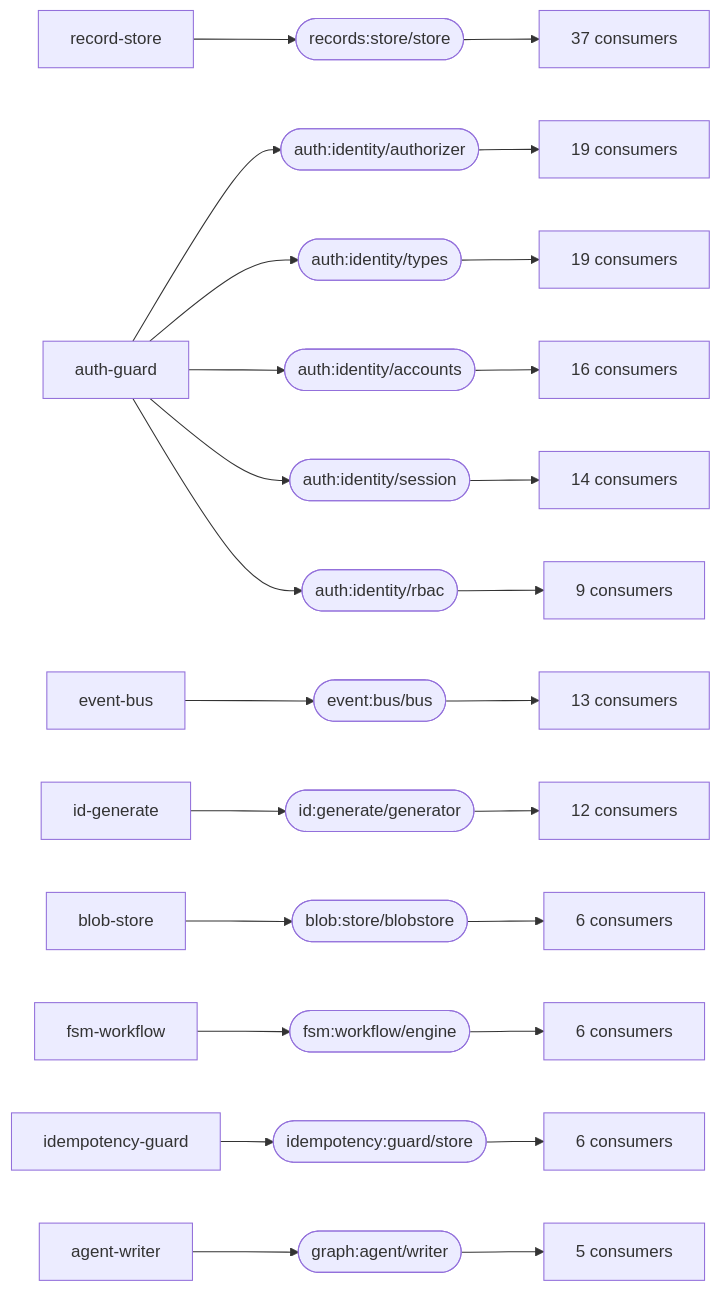
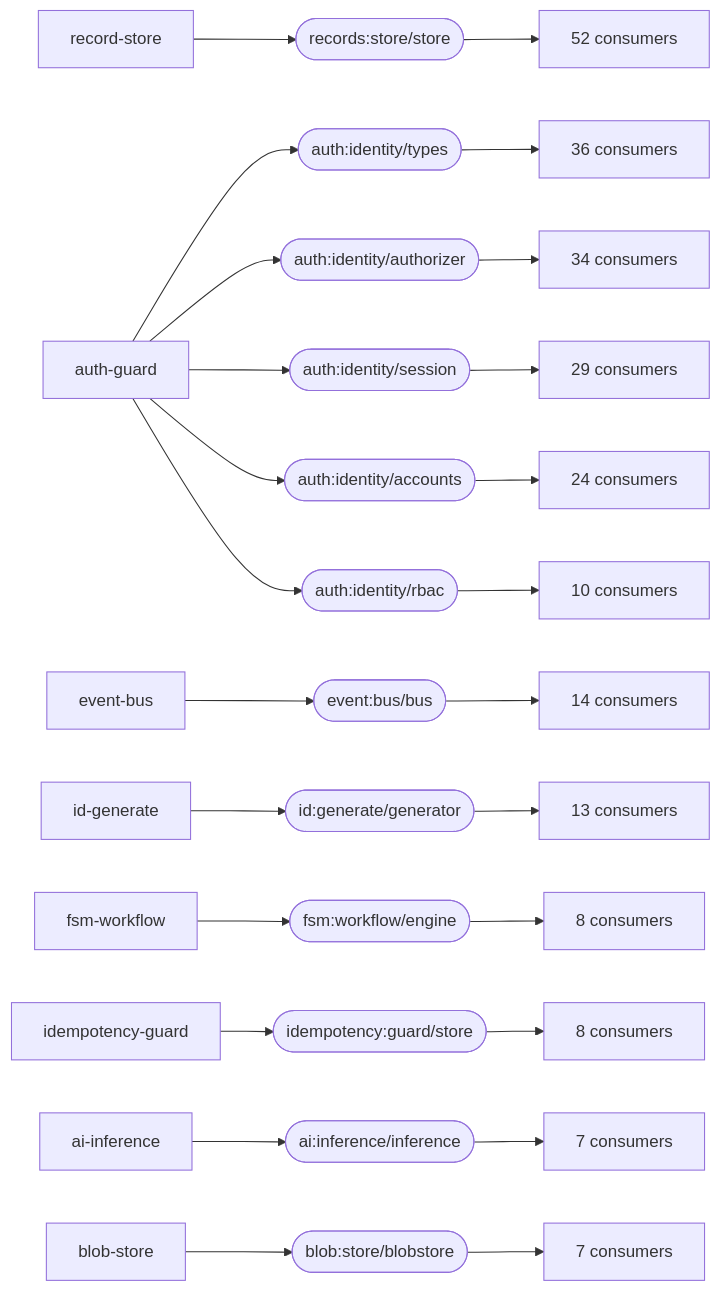
One commit to markkovari/holon changed the first of 2 diagrams in docs/CAPABILITY-GRAPH.md. Above: the diagram before and after it, drawn with Mermaid. The commit also changed other lines of this file and 24 other files, not shown here.

````diff
--- a/docs/CAPABILITY-GRAPH.md
+++ b/docs/CAPABILITY-GRAPH.md
@@ -103,39 +116,39 @@
 ```mermaid
 graph LR
   records_store_store(["records:store/store"])
   record_store[record-store] --> records_store_store
-  records_store_store --> many_records_store_store["37 consumers"]
+  records_store_store --> many_records_store_store["52 consumers"]
+  auth_identity_types(["auth:identity/types"])
+  auth_guard[auth-guard] --> auth_identity_types
+  auth_identity_types --> many_auth_identity_types["36 consumers"]
   auth_identity_authorizer(["auth:identity/authorizer"])
   auth_guard[auth-guard] --> auth_identity_authorizer
-  auth_identity_authorizer --> many_auth_identity_authorizer["19 consumers"]
-  auth_identity_types(["auth:identity/types"])
-  auth_guard[auth-guard] --> auth_identity_types
-  auth_identity_types --> many_auth_identity_types["19 consumers"]
+  auth_identity_authorizer --> many_auth_identity_authorizer["34 consumers"]
+  auth_identity_session(["auth:identity/session"])
+  auth_guard[auth-guard] --> auth_identity_session
+  auth_identity_session --> many_auth_identity_session["29 consumers"]
   auth_identity_accounts(["auth:identity/accounts"])
   auth_guard[auth-guard] --> auth_identity_accounts
-  auth_identity_accounts --> many_auth_identity_accounts["16 consumers"]
-  auth_identity_session(["auth:identity/session"])
-  auth_guard[auth-guard] --> auth_identity_session
-  auth_identity_session --> many_auth_identity_session["14 consumers"]
+  auth_identity_accounts --> many_auth_identity_accounts["24 consumers"]
   event_bus_bus(["event:bus/bus"])
   event_bus[event-bus] --> event_bus_bus
-  event_bus_bus --> many_event_bus_bus["13 consumers"]
+  event_bus_bus --> many_event_bus_bus["14 consumers"]
   id_generate_generator(["id:generate/generator"])
   id_generate[id-generate] --> id_generate_generator
-  id_generate_generator --> many_id_generate_generator["12 consumers"]
+  id_generate_generator --> many_id_generate_generator["13 consumers"]
   auth_identity_rbac(["auth:identity/rbac"])
   auth_guard[auth-guard] --> auth_identity_rbac
-  auth_identity_rbac --> many_auth_identity_rbac["9 consumers"]
+  auth_identity_rbac --> many_auth_identity_rbac["10 consumers"]
+  fsm_workflow_engine(["fsm:workflow/engine"])
+  fsm_workflow[fsm-workflow] --> fsm_workflow_engine
+  fsm_workflow_engine --> many_fsm_workflow_engine["8 consumers"]
+  idempotency_guard_store(["idempotency:guard/store"])
+  idempotency_guard[idempotency-guard] --> idempotency_guard_store
+  idempotency_guard_store --> many_idempotency_guard_store["8 consumers"]
+  ai_inference_inference(["ai:inference/inference"])
+  ai_inference[ai-inference] --> ai_inference_inference
+  ai_inference_inference --> many_ai_inference_inference["7 consumers"]
   blob_store_blobstore(["blob:store/blobstore"])
   blob_store[blob-store] --> blob_store_blobstore
-  blob_store_blobstore --> many_blob_store_blobstore["6 consumers"]
-  fsm_workflow_engine(["fsm:workflow/engine"])
-  fsm_workflow[fsm-workflow] --> fsm_workflow_engine
-  fsm_workflow_engine --> many_fsm_workflow_engine["6 consumers"]
-  idempotency_guard_store(["idempotency:guard/store"])
-  idempotency_guard[idempotency-guard] --> idempotency_guard_store
-  idempotency_guard_store --> many_idempotency_guard_store["6 consumers"]
-  graph_agent_writer(["graph:agent/writer"])
-  agent_writer[agent-writer] --> graph_agent_writer
-  graph_agent_writer --> many_graph_agent_writer["5 consumers"]
+  blob_store_blobstore --> many_blob_store_blobstore["7 consumers"]
 ```
````
